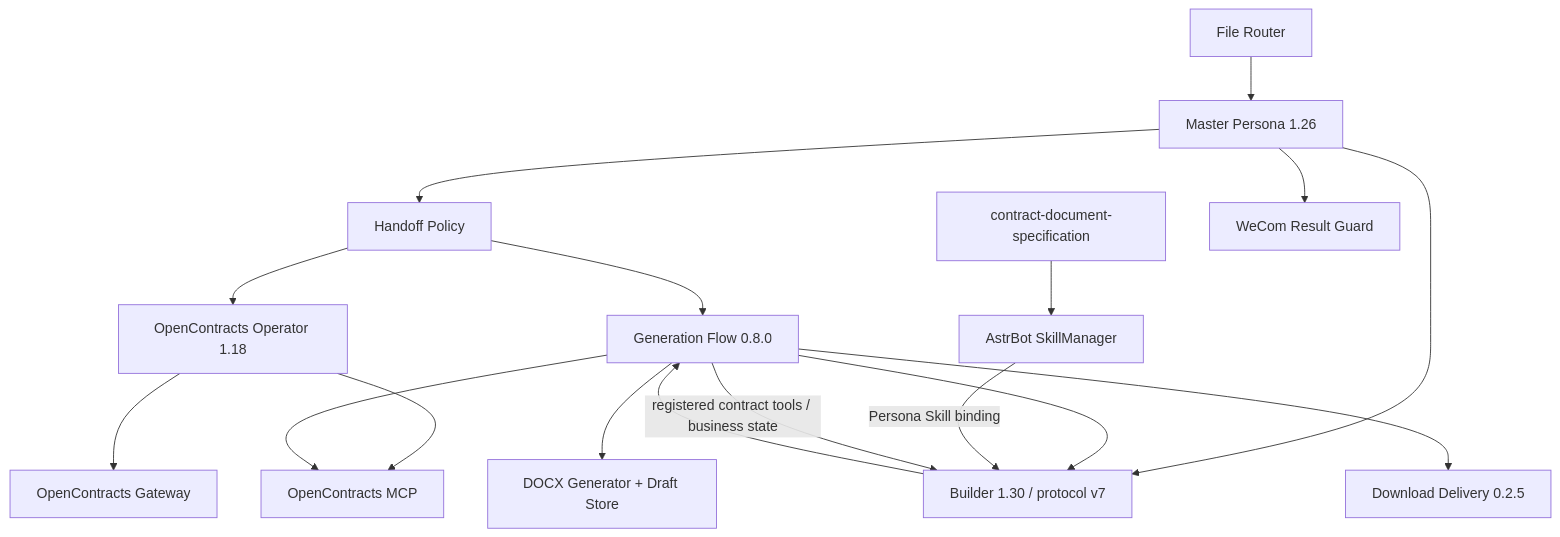
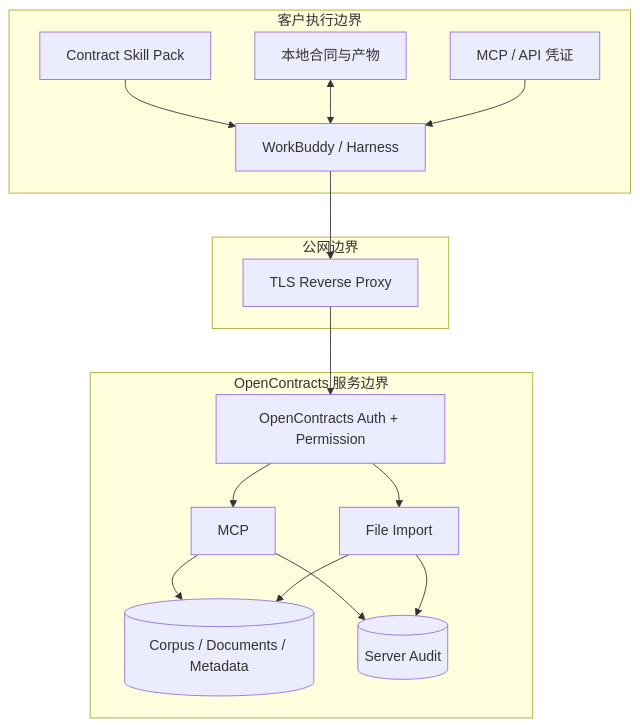
One commit to Ri0n72Y/ContractBotConfig changed the third of 3 diagrams in docs/architecture/system-context.md. Above: the diagram before and after it, drawn with Mermaid. The commit also changed other lines of this file and 11 other files, not shown here.

Commit message:
docs: rebuild architecture and specs for WorkBuddy refactor

````diff
--- a/docs/architecture/system-context.md
+++ b/docs/architecture/system-context.md
@@ -26,31 +106,31 @@
 ```mermaid
 flowchart TB
-    Router[File Router]
-    Master[Master Persona 1.26]
-    Handoff[Handoff Policy]
-    Operator[OpenContracts Operator 1.18]
-    Gateway[OpenContracts Gateway]
-    MCP[OpenContracts MCP]
-    Builder[Builder 1.30 / protocol v7]
-    SkillMgr[AstrBot SkillManager]
-    DocSpec[contract-document-specification]
-    Flow[Generation Flow 0.8.0]
-    Generator[DOCX Generator + Draft Store]
-    Delivery[Download Delivery 0.2.5]
-    Guard[WeCom Result Guard]
+    subgraph Client[客户执行边界]
+        Agent[WorkBuddy / Harness]
+        Skill[Contract Skill Pack]
+        Files[本地合同与产物]
+        Cred[MCP / API 凭证]
+    end
 
-    Router --> Master
-    Master --> Handoff --> Operator
-    Operator --> MCP
-    Operator --> Gateway
-    Master --> Builder
-    Handoff --> Flow --> Builder
-    DocSpec --> SkillMgr
-    SkillMgr -->|Persona Skill binding| Builder
-    Flow -->|registered contract tools / business state| Builder
-    Builder --> Flow
-    Flow --> MCP
-    Flow --> Generator
-    Flow --> Delivery
-    Master --> Guard
+    subgraph Internet[公网边界]
+        TLS[TLS Reverse Proxy]
+    end
+
+    subgraph Server[OpenContracts 服务边界]
+        Auth[OpenContracts Auth + Permission]
+        MCP[MCP]
+        Upload[File Import]
+        Data[(Corpus / Documents / Metadata)]
+        Audit[(Server Audit)]
+    end
+
+    Skill --> Agent
+    Files <--> Agent
+    Cred --> Agent
+    Agent --> TLS
+    TLS --> Auth
+    Auth --> MCP --> Data
+    Auth --> Upload --> Data
+    MCP --> Audit
+    Upload --> Audit
 ```
````
